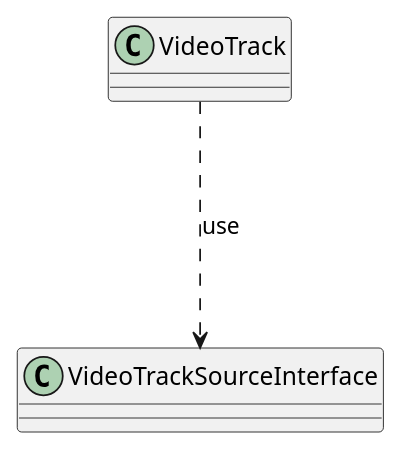
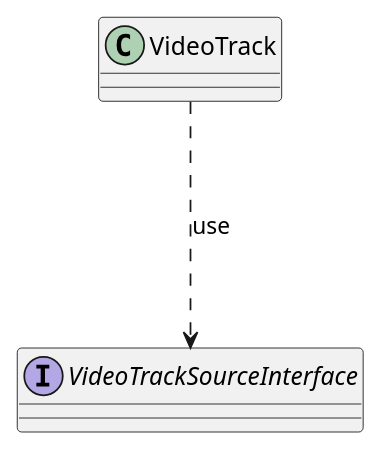
The first of 2 diagrams in webrtc_chrome/gather.md (mingxin505/webrtcNote), drawn with PlantUML before and after one commit. The commit also changed other lines of this file and 5 other files, not shown here.

````diff
--- a/webrtc_chrome/gather.md
+++ b/webrtc_chrome/gather.md
@@ -1,3 +1,4 @@
 ```plantuml
+interface VideoTrackSourceInterface
 VideoTrack ...> VideoTrackSourceInterface : use
 ```
````
